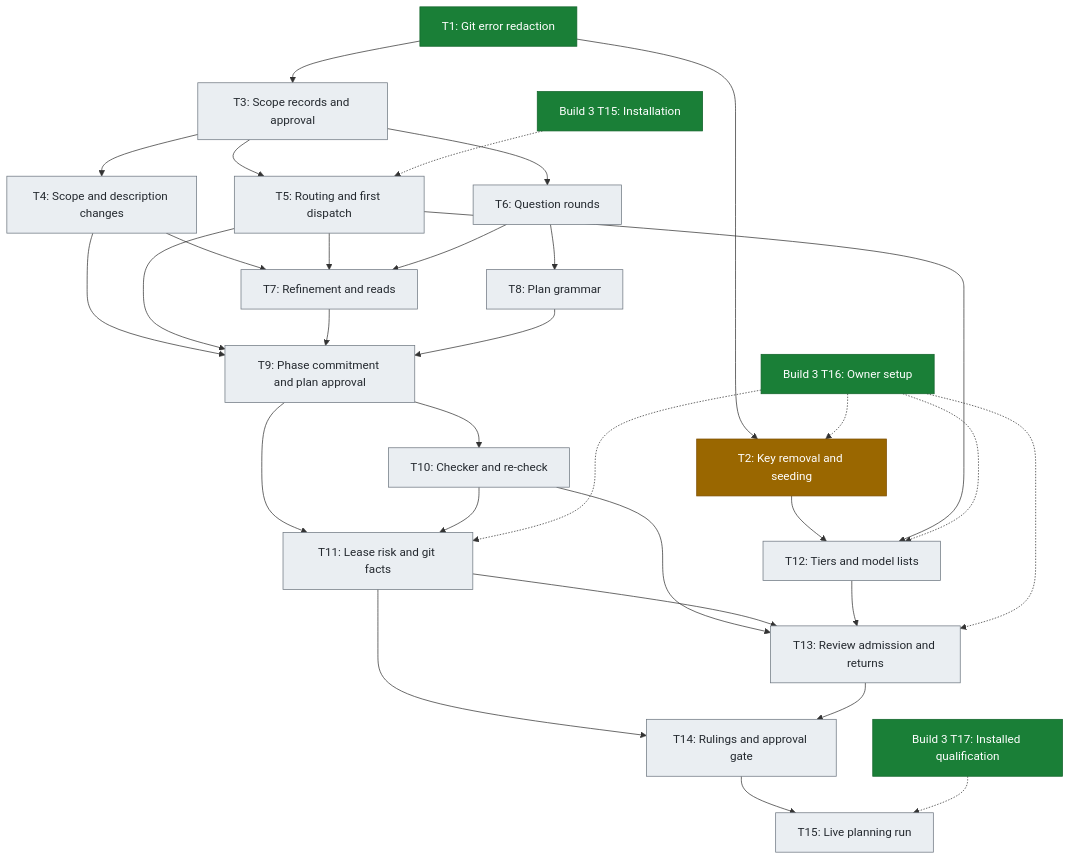
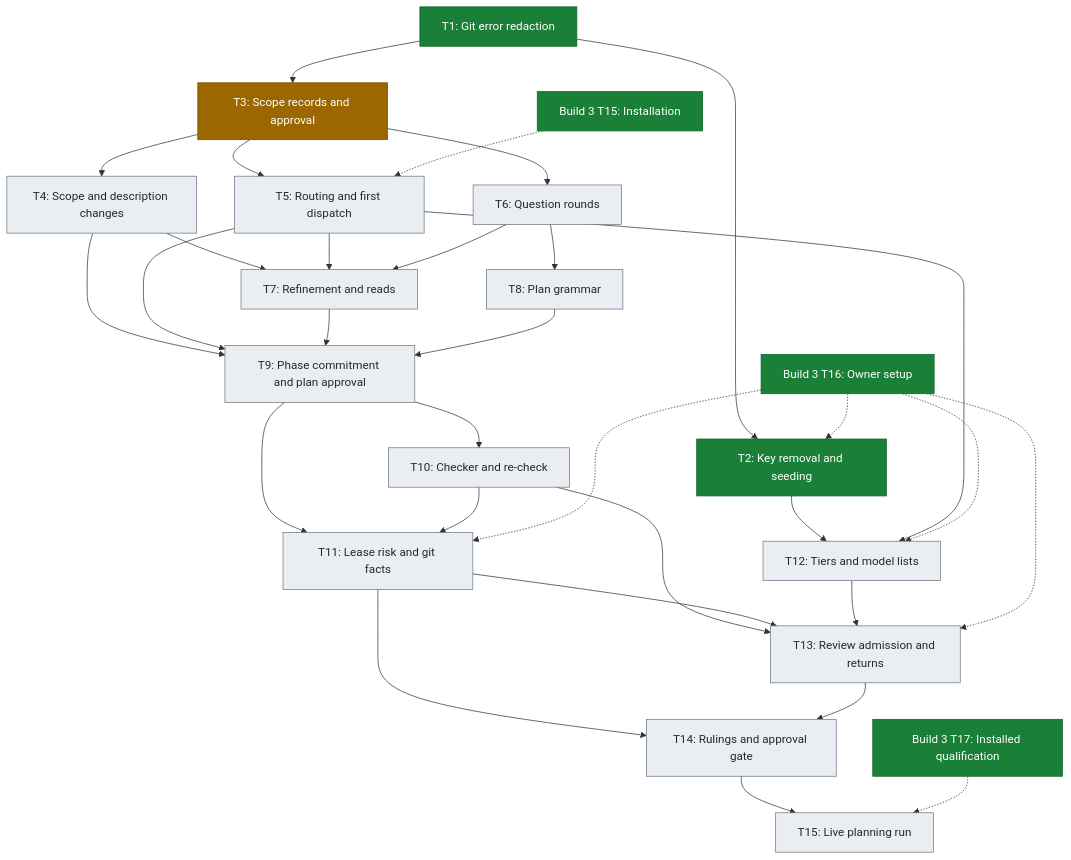
Before and after one commit to crenshawdev/baley: the fifth of 5 diagrams in docs/roadmap.md, drawn with Mermaid. The commit also changed other lines of this file, not shown here.

First line of the commit message:
docs(roadmap): show Build 4 T2 merged and T3 in progress

````diff
--- a/docs/roadmap.md
+++ b/docs/roadmap.md
@@ -268,60 +268,60 @@
 ```mermaid
 flowchart TD
     T1["T1: Git error redaction"]
     T2["T2: Key removal and seeding"]
     T3["T3: Scope records and approval"]
     T4["T4: Scope and description changes"]
     T5["T5: Routing and first dispatch"]
     T6["T6: Question rounds"]
     T7["T7: Refinement and reads"]
     T8["T8: Plan grammar"]
     T9["T9: Phase commitment and plan approval"]
     T10["T10: Checker and re-check"]
     T11["T11: Lease risk and git facts"]
     T12["T12: Tiers and model lists"]
     T13["T13: Review admission and returns"]
     T14["T14: Rulings and approval gate"]
     T15["T15: Live planning run"]
     B3T15["Build 3 T15: Installation"]
     B3T16["Build 3 T16: Owner setup"]
     B3T17["Build 3 T17: Installed qualification"]
 
     T1 --> T2
     T1 --> T3
     T3 --> T4
     T3 --> T5
     T3 --> T6
     T4 --> T7
     T5 --> T7
     T6 --> T7
     T6 --> T8
     T4 --> T9
     T5 --> T9
     T7 --> T9
     T8 --> T9
     T9 --> T10
     T9 --> T11
     T10 --> T11
     T2 --> T12
     T5 --> T12
     T10 --> T13
     T11 --> T13
     T12 --> T13
     T11 --> T14
     T13 --> T14
     T14 --> T15
     B3T15 -.-> T5
     B3T16 -.-> T2
     B3T16 -.-> T11
     B3T16 -.-> T12
     B3T16 -.-> T13
     B3T17 -.-> T15
 
     classDef done fill:#1a7f37,stroke:#116329,color:#ffffff
     classDef progress fill:#9a6700,stroke:#7d4e00,color:#ffffff
     classDef planned fill:#eaeef2,stroke:#6e7781,color:#24292f
     class B3T15,B3T16,B3T17 done
-    class T1 done
-    class T2 progress
-    class T3,T4,T5,T6,T7,T8,T9,T10,T11,T12,T13,T14,T15 planned
+    class T1,T2 done
+    class T3 progress
+    class T4,T5,T6,T7,T8,T9,T10,T11,T12,T13,T14,T15 planned
 ```
````
